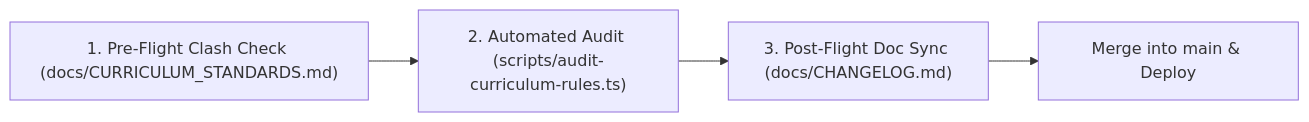
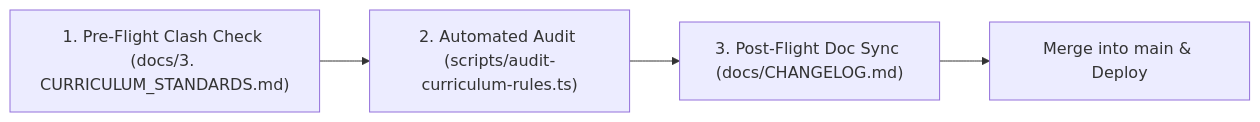
The diagram in docs/GOVERNANCE.md (AdminPhil/2lingo), drawn with Mermaid before and after one commit. The commit also changed other lines of this file and 15 other files, not shown here.

````diff
--- a/docs/GOVERNANCE.md
+++ b/docs/GOVERNANCE.md
@@ -12,6 +12,6 @@
 ```mermaid
 flowchart LR
-    A["1. Pre-Flight Clash Check (docs/CURRICULUM_STANDARDS.md)"] --> B["2. Automated Audit (scripts/audit-curriculum-rules.ts)"]
+    A["1. Pre-Flight Clash Check (docs/3. CURRICULUM_STANDARDS.md)"] --> B["2. Automated Audit (scripts/audit-curriculum-rules.ts)"]
     B --> C["3. Post-Flight Doc Sync (docs/CHANGELOG.md)"]
     C --> D["Merge into main & Deploy"]
 ```
````
